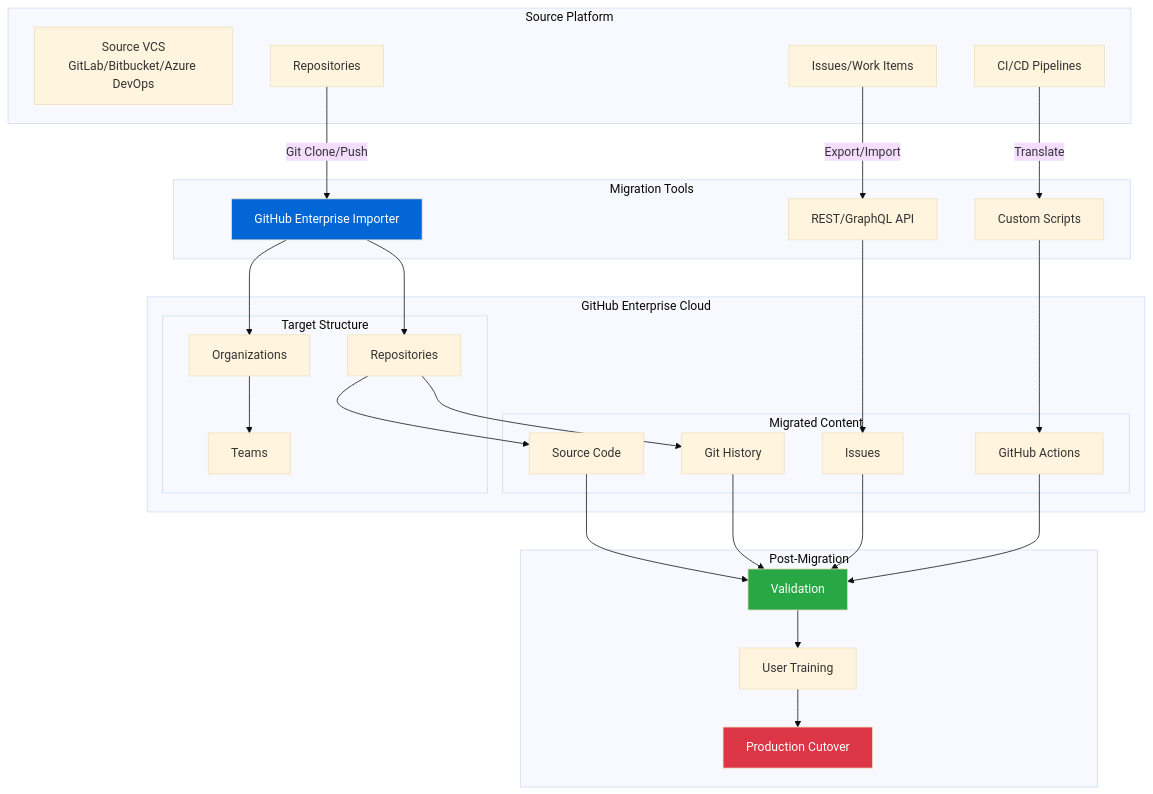
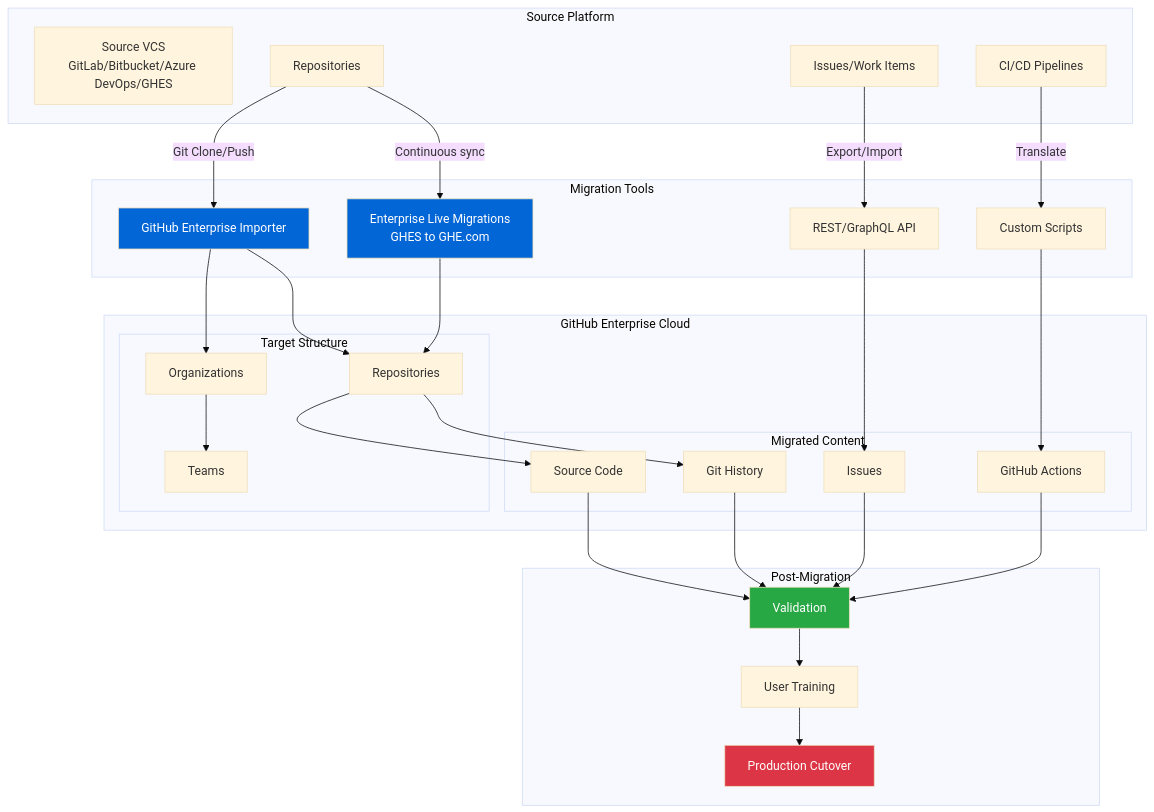
One commit to johnhain-msft/gh-abcs-admin changed diagram 12 of 16 in docs/10-reference-architecture.md. Above: the diagram before and after it, drawn with Mermaid (base theme). The commit also changed other lines of this file and 40 other files, not shown here.

````diff
--- a/docs/10-reference-architecture.md
+++ b/docs/10-reference-architecture.md
@@ -674,61 +674,65 @@
 ```mermaid
 graph TB
     subgraph "Source Platform"
-        SourceVCS[Source VCS<br/>GitLab/Bitbucket/Azure DevOps]
+        SourceVCS[Source VCS<br/>GitLab/Bitbucket/Azure DevOps/GHES]
         SourceRepos[Repositories]
         SourceIssues[Issues/Work Items]
         SourceCI[CI/CD Pipelines]
     end
     
     subgraph "Migration Tools"
         GEI[GitHub Enterprise Importer]
+        ELM[Enterprise Live Migrations<br/>GHES to GHE.com]
         Scripts[Custom Scripts]
         API[REST/GraphQL API]
     end
     
     subgraph "GitHub Enterprise Cloud"
         subgraph "Target Structure"
             Orgs[Organizations]
             Repos[Repositories]
             Teams[Teams]
         end
         
         subgraph "Migrated Content"
             Code[Source Code]
             History[Git History]
             Issues[Issues]
             Workflows[GitHub Actions]
         end
     end
     
     subgraph "Post-Migration"
         Validation[Validation]
         Training[User Training]
         Cutover[Production Cutover]
     end
     
     SourceRepos -->|Git Clone/Push| GEI
+    SourceRepos -->|Continuous sync| ELM
     SourceIssues -->|Export/Import| API
     SourceCI -->|Translate| Scripts
     
     GEI --> Orgs
     GEI --> Repos
+    ELM --> Repos
     API --> Issues
     Scripts --> Workflows
     
     Repos --> Code
     Repos --> History
     Orgs --> Teams
     
     Code --> Validation
     History --> Validation
     Issues --> Validation
     Workflows --> Validation
     
     Validation --> Training
     Training --> Cutover
     
     style GEI fill:#0366d6,color:#fff
+    style ELM fill:#0366d6,color:#fff
     style Validation fill:#28a745,color:#fff
     style Cutover fill:#dc3545,color:#fff
 ```
````
